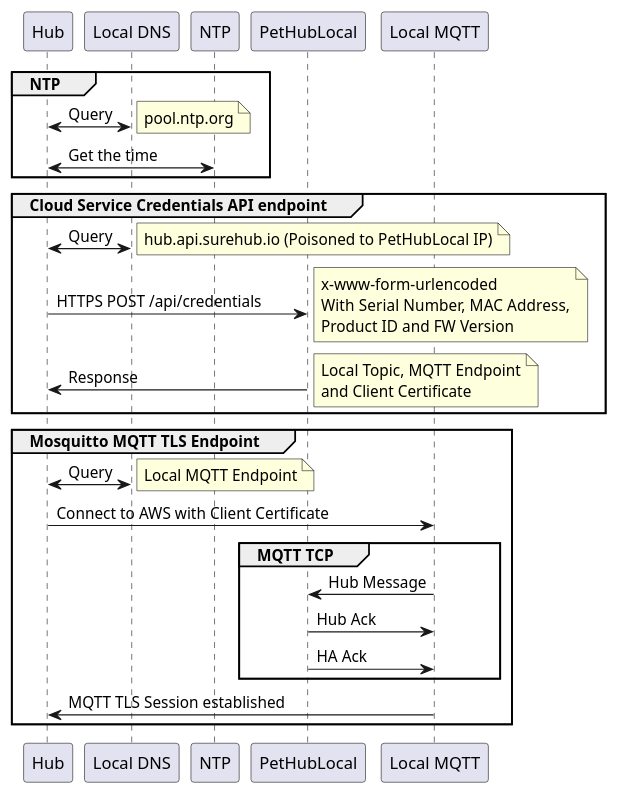
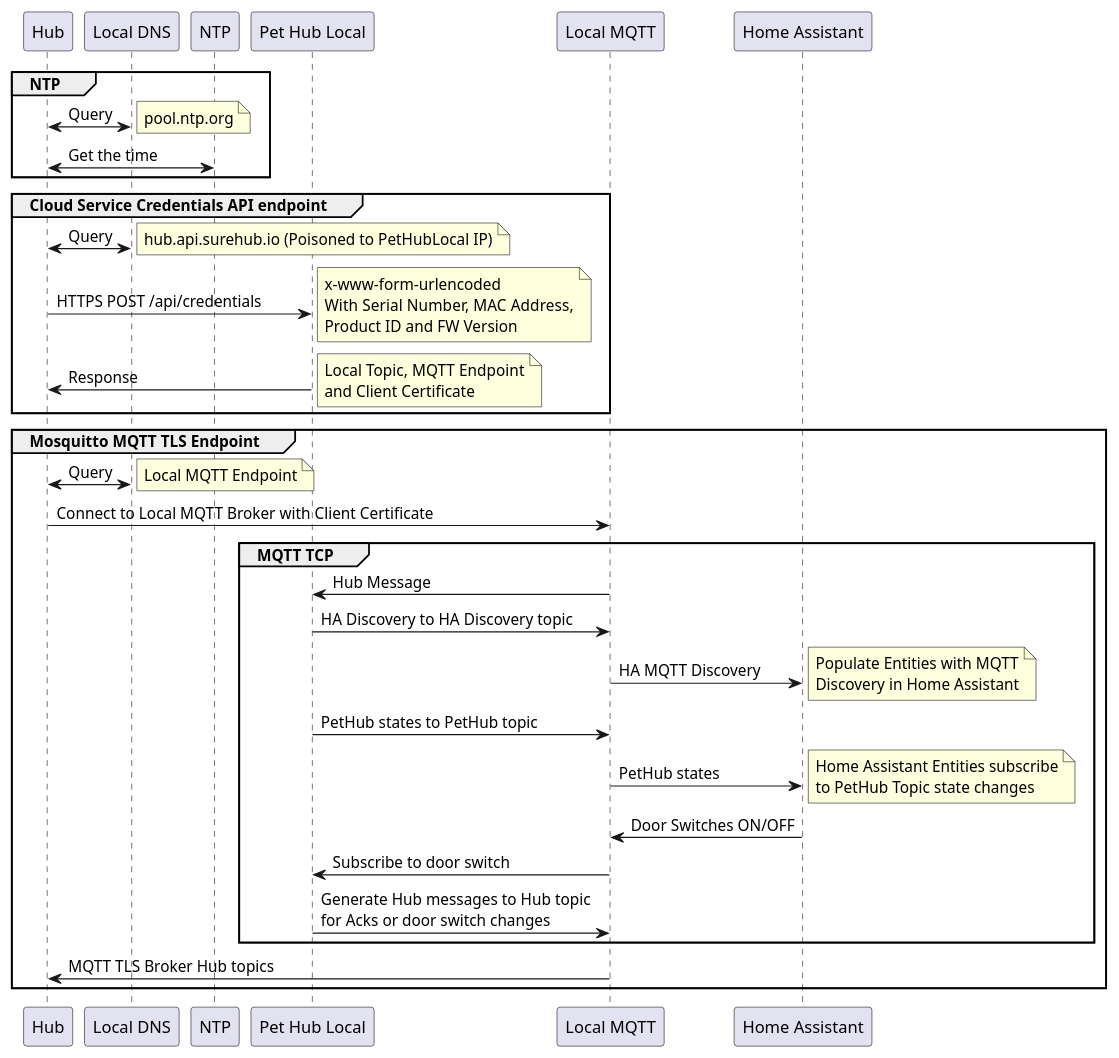
One commit to PetHubLocal/pethublocal.github.io changed the diagram in assets/PetHubLocal.iuml. Above: the diagram before and after it, drawn with PlantUML. The commit also changed 6 other files, not shown here.

```diff
--- a/assets/PetHubLocal.iuml
+++ b/assets/PetHubLocal.iuml
@@ -1,36 +1,48 @@
 @startuml
 group NTP
 Hub <-> DNS as "Local DNS" : Query
 note right: pool.ntp.org
 Hub <-> NTP : Get the time
 end group
 
 group Cloud Service Credentials API endpoint
 Hub <-> DNS : Query
 note right: hub.api.surehub.io (Poisoned to PetHubLocal IP)
-Hub -> PetHubLocal : HTTPS POST /api/credentials 
+Hub -> PHL as "Pet Hub Local" : HTTPS POST /api/credentials 
 note right 
     x-www-form-urlencoded
     With Serial Number, MAC Address,
     Product ID and FW Version
 end note
-PetHubLocal -> Hub : Response
+PHL -> Hub : Response
 note right
     Local Topic, MQTT Endpoint
     and Client Certificate
 end note
 end group
 
 group Mosquitto MQTT TLS Endpoint
 Hub <-> DNS : Query
 note right: Local MQTT Endpoint
-Hub -> MQTT as "Local MQTT": Connect to AWS with Client Certificate
+Hub -> MQTT as "Local MQTT": Connect to Local MQTT Broker with Client Certificate
     group MQTT TCP
-    MQTT -> PetHubLocal : Hub Message
-    PetHubLocal -> MQTT : Hub Ack
-    PetHubLocal -> MQTT : HA Ack
+    MQTT -> PHL : Hub Message
+    PHL -> MQTT : HA Discovery to HA Discovery topic
+    MQTT -> HA as "Home Assistant" : HA MQTT Discovery
+    note right
+     Populate Entities with MQTT
+     Discovery in Home Assistant
+    end note
+    PHL -> MQTT : PetHub states to PetHub topic
+    MQTT -> HA : PetHub states
+    note right
+     Home Assistant Entities subscribe
+     to PetHub Topic state changes
+    end note
+    HA -> MQTT : Door Switches ON/OFF
+    MQTT -> PHL : Subscribe to door switch
+    PHL -> MQTT : Generate Hub messages to Hub topic\nfor Acks or door switch changes
     end group
-MQTT -> Hub : MQTT TLS Session established
+MQTT -> Hub : MQTT TLS Broker Hub topics
 end group
-
 @enduml
```
